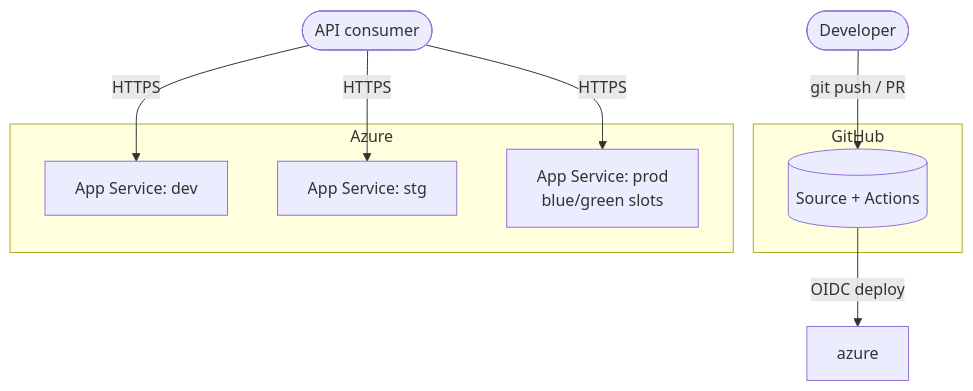
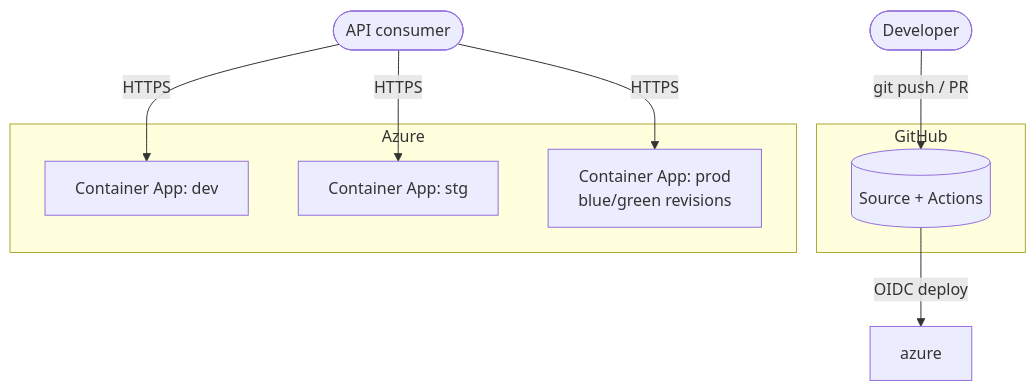
Before and after one commit to avlon-technologies/template-azure-cicd: the diagram in docs/ARCHITECTURE.md, drawn with Mermaid. The commit also changed other lines of this file and 14 other files, not shown here.

````diff
--- a/docs/ARCHITECTURE.md
+++ b/docs/ARCHITECTURE.md
@@ -24,16 +24,16 @@
 ```mermaid
 graph TB
     dev([Developer]) -->|git push / PR| repo
     subgraph GitHub
         repo[(Source + Actions)]
     end
     repo -->|OIDC deploy| azure
     subgraph Azure
-        appdev[App Service: dev]
-        appstg[App Service: stg]
-        appprod[App Service: prod<br/>blue/green slots]
+        appdev[Container App: dev]
+        appstg[Container App: stg]
+        appprod[Container App: prod<br/>blue/green revisions]
     end
     user([API consumer]) -->|HTTPS| appdev
     user -->|HTTPS| appstg
     user -->|HTTPS| appprod
 ```
````
